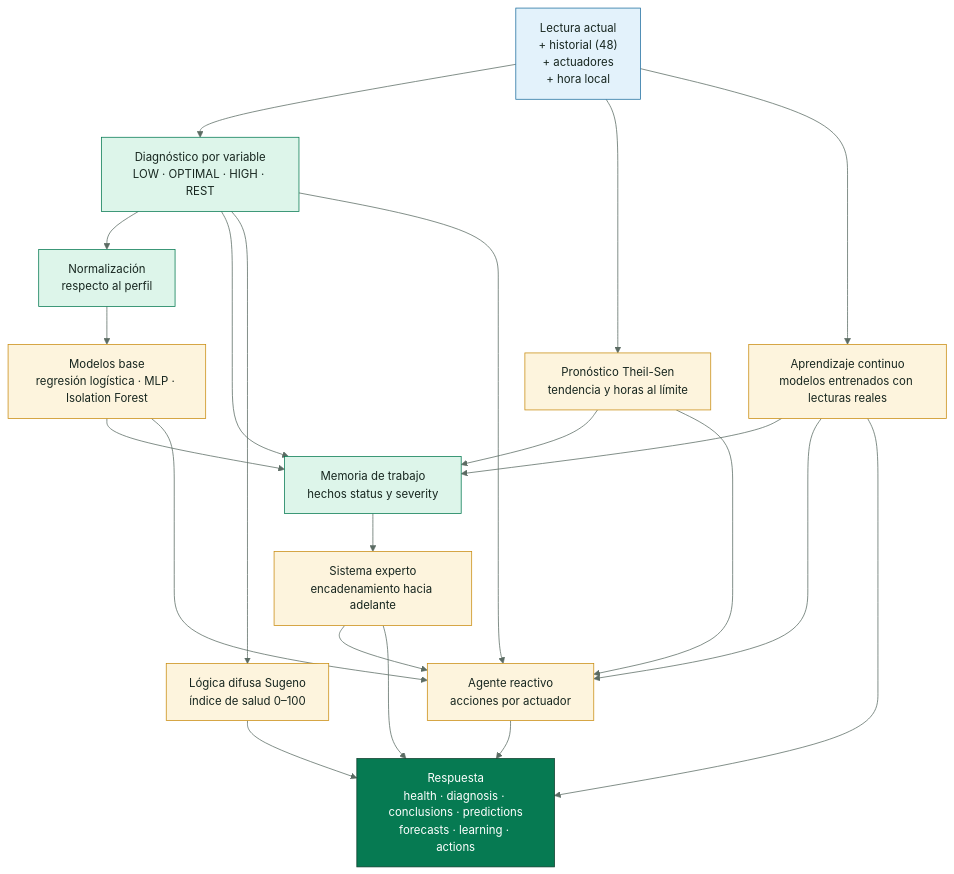
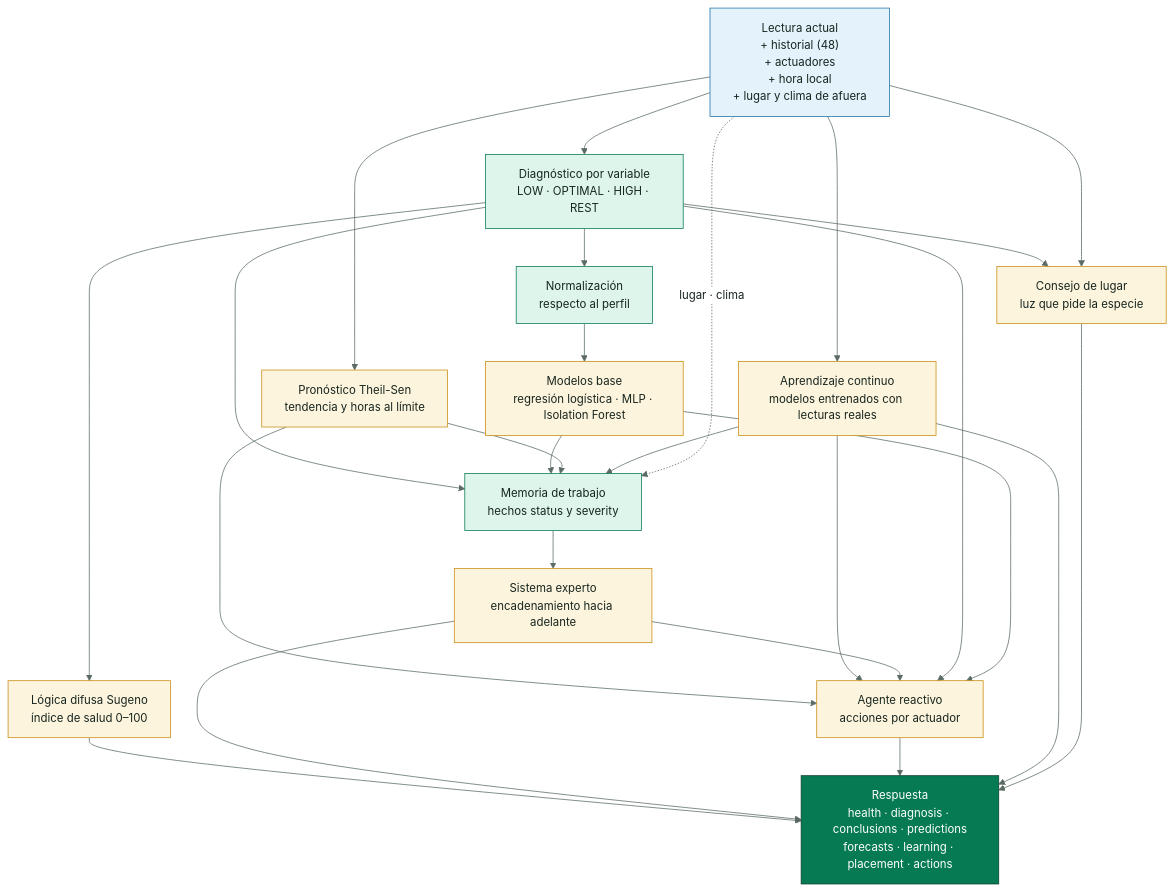
One commit to SmartPotTech/.github changed the diagram in docs/diagrams/SmartPot_03_AI_Assistant.mmd. Above: the diagram before and after it, drawn with Mermaid.

Commit message:
Add the placement advice to the AI assistant diagram
The assistant now reads the crop place and the weather outside and returns placement advice.

```diff
--- a/docs/diagrams/SmartPot_03_AI_Assistant.mmd
+++ b/docs/diagrams/SmartPot_03_AI_Assistant.mmd
@@ -1,30 +1,34 @@
 %%{init: {"theme": "base", "fontFamily": "Segoe UI, Arial, sans-serif", "themeVariables": {"fontFamily": "Segoe UI, Arial, sans-serif", "fontSize": "15px", "primaryColor": "#DDF5EA", "primaryTextColor": "#17261F", "primaryBorderColor": "#067A52", "secondaryColor": "#E3F2FB", "secondaryTextColor": "#17261F", "secondaryBorderColor": "#1F6FA0", "tertiaryColor": "#F2F7F4", "tertiaryTextColor": "#17261F", "tertiaryBorderColor": "#D5E3DC", "lineColor": "#5B6B63", "textColor": "#17261F", "mainBkg": "#DDF5EA", "nodeBorder": "#067A52", "clusterBkg": "#F7FAF8", "clusterBorder": "#D5E3DC", "edgeLabelBackground": "#FFFFFF", "actorBkg": "#067A52", "actorBorder": "#0B3D2B", "actorTextColor": "#FFFFFF", "actorLineColor": "#5B6B63", "signalColor": "#17261F", "signalTextColor": "#17261F", "labelBoxBkgColor": "#0B3D2B", "labelBoxBorderColor": "#0B3D2B", "labelTextColor": "#FFFFFF", "loopTextColor": "#0B3D2B", "noteBkgColor": "#FDF4DD", "noteBorderColor": "#C98D12", "noteTextColor": "#17261F", "activationBkgColor": "#DDF5EA", "activationBorderColor": "#067A52", "attributeBackgroundColorOdd": "#FFFFFF", "attributeBackgroundColorEven": "#F2F7F4"}}}%%
 flowchart TB
-  req["Lectura actual<br/>+ historial (48)<br/>+ actuadores<br/>+ hora local"] --> diag["Diagnóstico por variable<br/>LOW · OPTIMAL · HIGH · REST"]
+  req["Lectura actual<br/>+ historial (48)<br/>+ actuadores<br/>+ hora local<br/>+ lugar y clima de afuera"] --> diag["Diagnóstico por variable<br/>LOW · OPTIMAL · HIGH · REST"]
   req --> fc["Pronóstico Theil-Sen<br/>tendencia y horas al límite"]
   req --> lr["Aprendizaje continuo<br/>modelos entrenados con lecturas reales"]
   diag --> norm["Normalización<br/>respecto al perfil"]
   norm --> ml["Modelos base<br/>regresión logística · MLP · Isolation Forest"]
   diag --> mem["Memoria de trabajo<br/>hechos status y severity"]
   ml --> mem
   fc --> mem
   lr --> mem
   fc --> ag
   lr --> ag
+  req -.->|"lugar · clima"| mem
   mem --> es["Sistema experto<br/>encadenamiento hacia adelante"]
+  diag --> place["Consejo de lugar<br/>luz que pide la especie"]
+  req --> place
   diag --> fz["Lógica difusa Sugeno<br/>índice de salud 0–100"]
   es --> ag["Agente reactivo<br/>acciones por actuador"]
   diag --> ag
   ml --> ag
-  fz --> out["Respuesta<br/>health · diagnosis · conclusions · predictions<br/>forecasts · learning · actions"]
+  fz --> out["Respuesta<br/>health · diagnosis · conclusions · predictions<br/>forecasts · learning · placement · actions"]
   es --> out
   ag --> out
   lr --> out
+  place --> out
   classDef input fill:#E3F2FB,stroke:#1F6FA0,color:#17261F
   classDef step fill:#DDF5EA,stroke:#067A52,color:#17261F
   classDef brain fill:#FDF4DD,stroke:#C98D12,color:#17261F
   classDef result fill:#067A52,stroke:#0B3D2B,color:#FFFFFF
   class req input
   class diag,norm,mem step
-  class ml,es,fz,ag,fc,lr brain
+  class ml,es,fz,ag,fc,lr,place brain
   class out result
```
